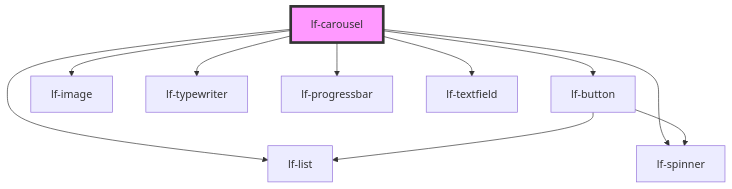
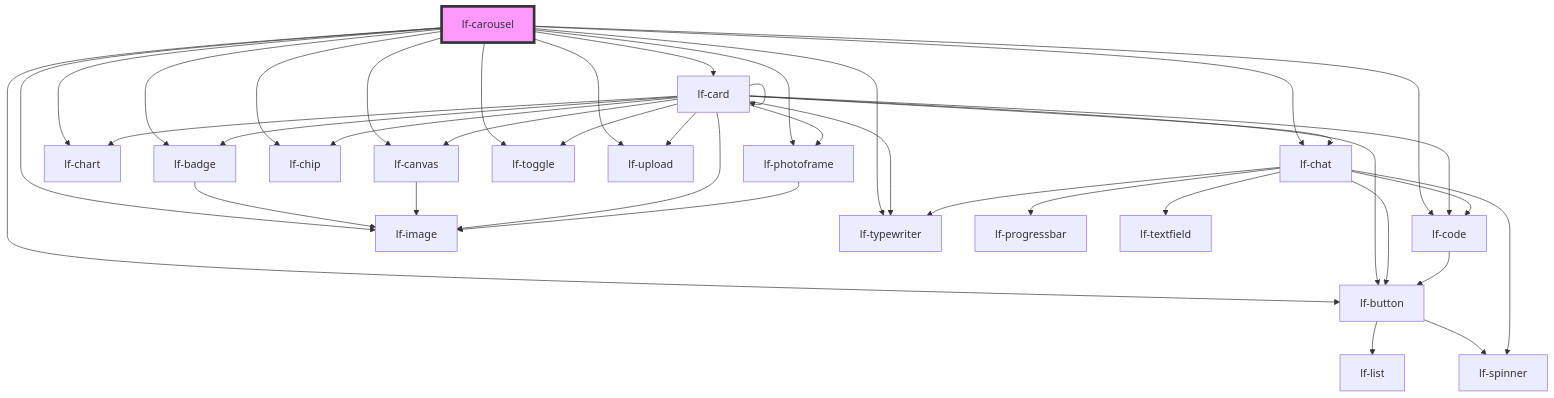
The diagram in packages/core/src/components/lf-carousel/readme.md (lucafoscili/lf-widgets), drawn with Mermaid before and after one commit. The commit also changed other lines of this file and 68 other files, not shown here.

````diff
--- a/packages/core/src/components/lf-carousel/readme.md
+++ b/packages/core/src/components/lf-carousel/readme.md
@@ -148,13 +154,42 @@
 ```mermaid
 graph TD;
+  lf-carousel --> lf-badge
   lf-carousel --> lf-button
-  lf-carousel --> lf-list
-  lf-carousel --> lf-spinner
+  lf-carousel --> lf-canvas
+  lf-carousel --> lf-card
+  lf-carousel --> lf-chart
+  lf-carousel --> lf-chat
+  lf-carousel --> lf-chip
+  lf-carousel --> lf-code
   lf-carousel --> lf-image
+  lf-carousel --> lf-photoframe
+  lf-carousel --> lf-toggle
   lf-carousel --> lf-typewriter
-  lf-carousel --> lf-progressbar
-  lf-carousel --> lf-textfield
+  lf-carousel --> lf-upload
+  lf-badge --> lf-image
   lf-button --> lf-list
   lf-button --> lf-spinner
+  lf-canvas --> lf-image
+  lf-card --> lf-badge
+  lf-card --> lf-button
+  lf-card --> lf-canvas
+  lf-card --> lf-card
+  lf-card --> lf-chart
+  lf-card --> lf-chat
+  lf-card --> lf-chip
+  lf-card --> lf-code
+  lf-card --> lf-image
+  lf-card --> lf-photoframe
+  lf-card --> lf-toggle
+  lf-card --> lf-typewriter
+  lf-card --> lf-upload
+  lf-chat --> lf-spinner
+  lf-chat --> lf-code
+  lf-chat --> lf-button
+  lf-chat --> lf-typewriter
+  lf-chat --> lf-progressbar
+  lf-chat --> lf-textfield
+  lf-code --> lf-button
+  lf-photoframe --> lf-image
   style lf-carousel fill:#f9f,stroke:#333,stroke-width:4px
 ```
````
